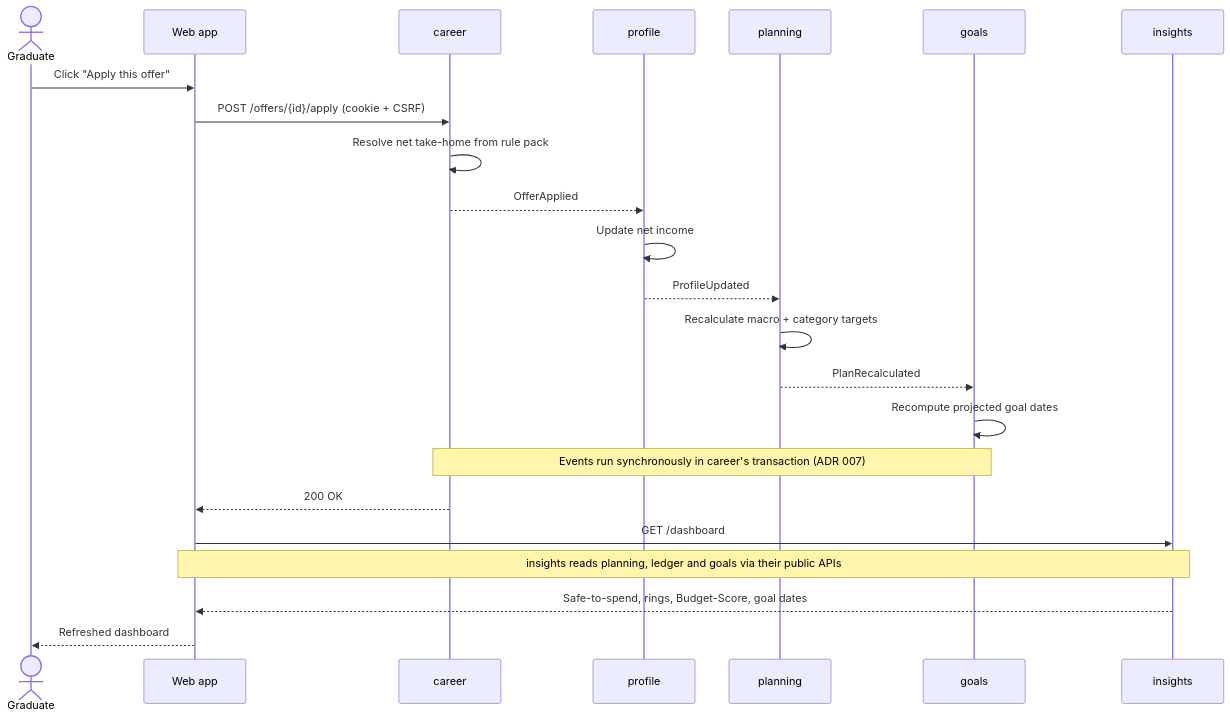
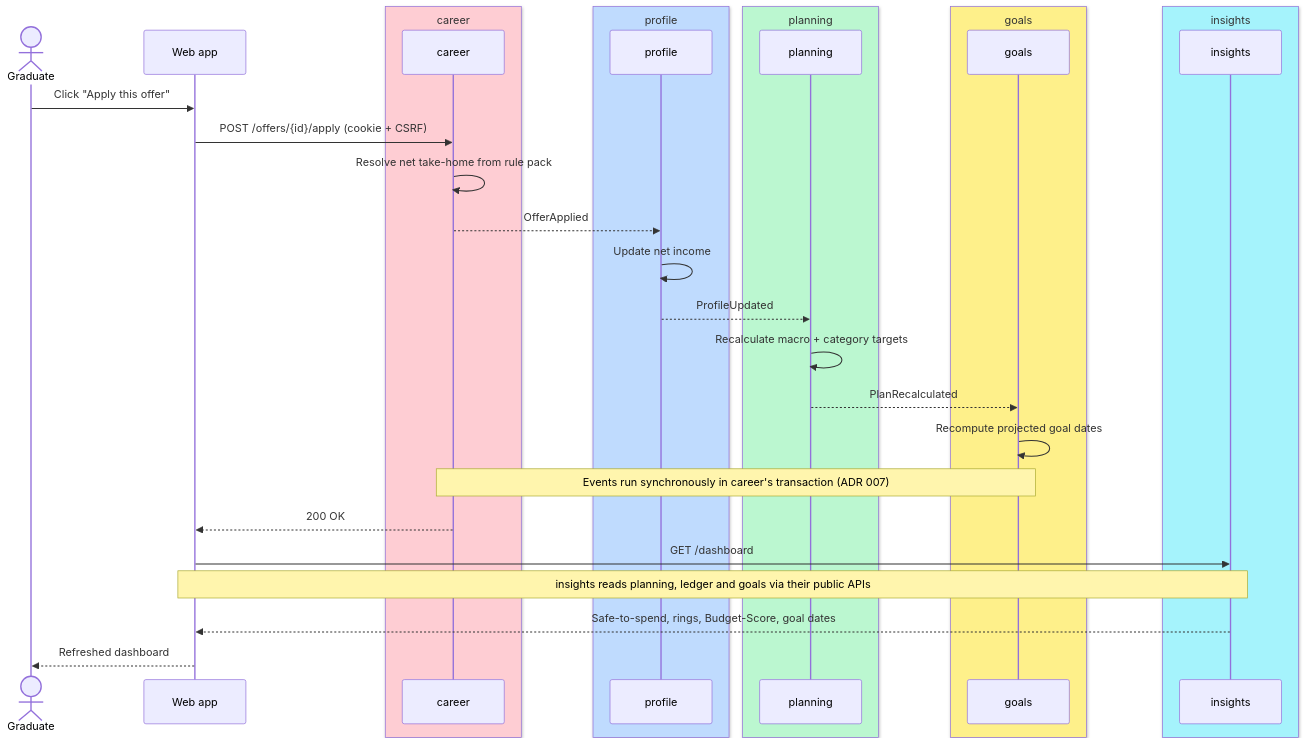
The fifth of 5 diagrams in docs/ARCHITECTURE.md (ilyas8888/moneymacros), drawn with Mermaid before and after one commit. The commit also changed other lines of this file and 3 other files, not shown here.

````diff
--- a/docs/ARCHITECTURE.md
+++ b/docs/ARCHITECTURE.md
@@ -225,26 +258,36 @@
 ```mermaid
 sequenceDiagram
     actor U as Graduate
     participant W as Web app
+    box rgb(254,205,211) career
     participant C as career
+    end
+    box rgb(191,219,254) profile
     participant P as profile
+    end
+    box rgb(187,247,208) planning
     participant PL as planning
+    end
+    box rgb(254,240,138) goals
     participant G as goals
+    end
+    box rgb(165,243,252) insights
     participant I as insights
+    end
 
     U->>W: Click "Apply this offer"
     W->>C: POST /offers/{id}/apply (cookie + CSRF)
     C->>C: Resolve net take-home from rule pack
     C-->>P: OfferApplied
     P->>P: Update net income
     P-->>PL: ProfileUpdated
     PL->>PL: Recalculate macro + category targets
     PL-->>G: PlanRecalculated
     G->>G: Recompute projected goal dates
     Note over C,G: Events run synchronously in career's transaction (ADR 007)
     C-->>W: 200 OK
     W->>I: GET /dashboard
     Note over W,I: insights reads planning, ledger and goals via their public APIs
     I-->>W: Safe-to-spend, rings, Budget-Score, goal dates
     W-->>U: Refreshed dashboard
 ```
````
